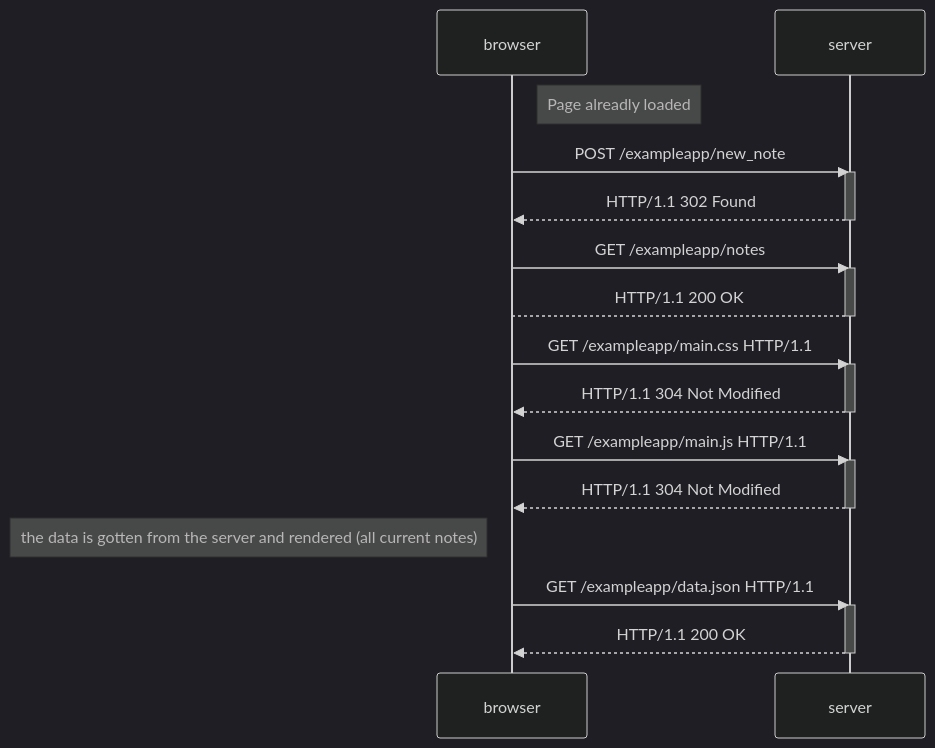
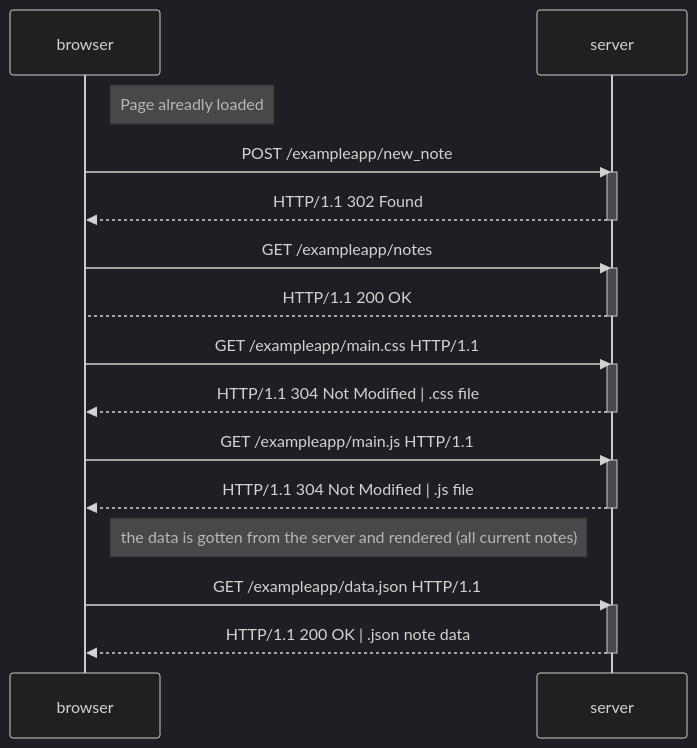
One commit to erdelp/fsopen-helsinki changed the diagram in part0/0.4-new-note-diagram.md. Above: the diagram before and after it, drawn with Mermaid (dark theme).

````diff
--- a/part0/0.4-new-note-diagram.md
+++ b/part0/0.4-new-note-diagram.md
@@ -1,36 +1,36 @@
 ```mermaid
 sequenceDiagram
   participant browser
   participant server
 
   Note right of browser: Page alreadly loaded
 
   browser->>server: POST /exampleapp/new_note
   activate server
   server-->>browser: HTTP/1.1 302 Found
   deactivate server
 
 
   browser->>server: GET /exampleapp/notes
   activate server
   server-->browser: HTTP/1.1 200 OK
   deactivate server
 
   browser->>server: GET /exampleapp/main.css HTTP/1.1
   activate server
-  server-->>browser: HTTP/1.1 304 Not Modified
+  server-->>browser: HTTP/1.1 304 Not Modified | .css file
   deactivate server
 
   browser->>server: GET /exampleapp/main.js HTTP/1.1
   activate server
-  server-->>browser: HTTP/1.1 304 Not Modified
+  server-->>browser: HTTP/1.1 304 Not Modified | .js file
   deactivate server
 
-  Note left of browser: the data is gotten from the server and rendered (all current notes)
+  Note right of browser: the data is gotten from the server and rendered (all current notes)
   browser->>server: GET /exampleapp/data.json HTTP/1.1
   activate server
-  server-->>browser: HTTP/1.1 200 OK
+  server-->>browser: HTTP/1.1 200 OK | .json note data
   deactivate server
 
   
 ```
````
